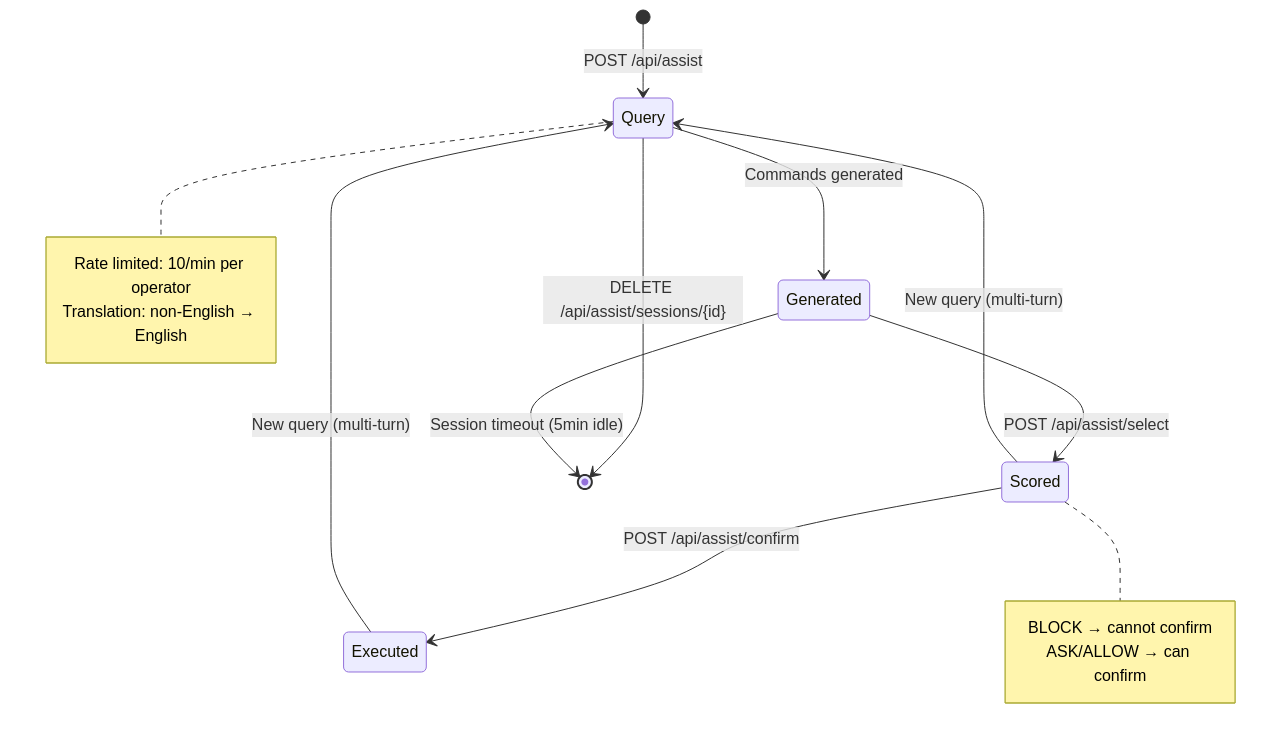
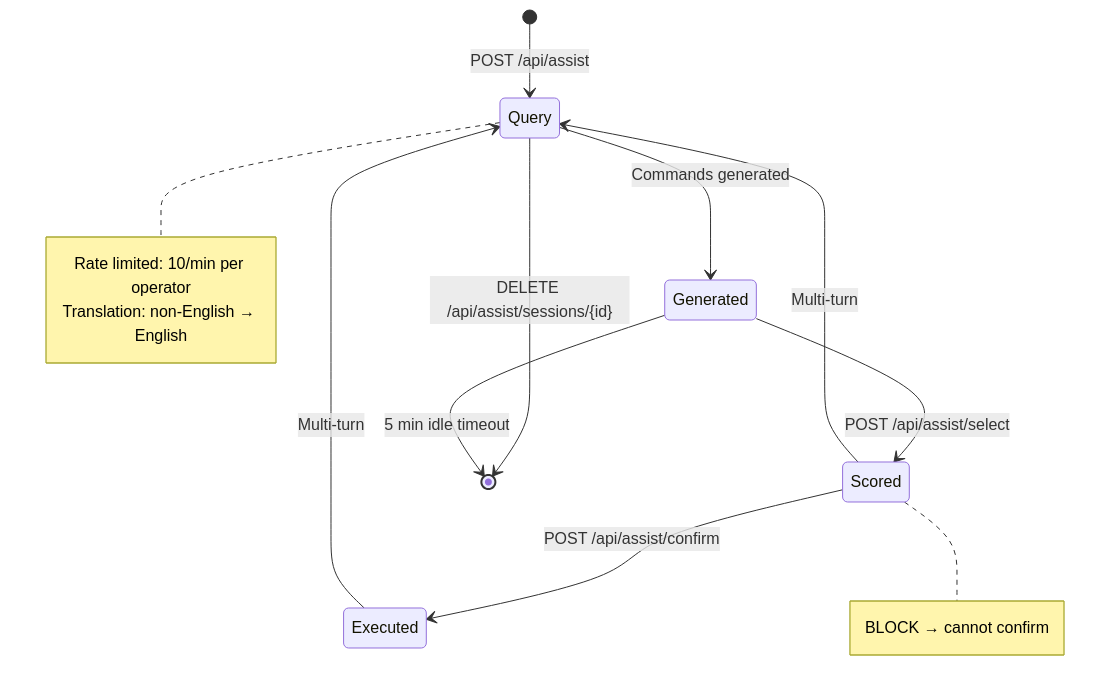
Diagram 14 of 26 in docs/product-design-and-execution-flow.md (rachitGupta-ai/IntentGuard), drawn with Mermaid before and after one commit. The commit also changed other lines of this file and 29 other files, not shown here.

````diff
--- a/docs/product-design-and-execution-flow.md
+++ b/docs/product-design-and-execution-flow.md
@@ -554,21 +600,19 @@
 ```mermaid
 stateDiagram-v2
     [*] --> Query: POST /api/assist
     Query --> Generated: Commands generated
     Generated --> Scored: POST /api/assist/select
     Scored --> Executed: POST /api/assist/confirm
-    Scored --> Query: New query (multi-turn)
-    Executed --> Query: New query (multi-turn)
+    Scored --> Query: Multi-turn
+    Executed --> Query: Multi-turn
     Query --> [*]: DELETE /api/assist/sessions/{id}
-    Generated --> [*]: Session timeout (5min idle)
+    Generated --> [*]: 5 min idle timeout
 
     note right of Query
         Rate limited: 10/min per operator
         Translation: non-English → English
     end note
-
     note right of Scored
         BLOCK → cannot confirm
-        ASK/ALLOW → can confirm
     end note
 ```
````
